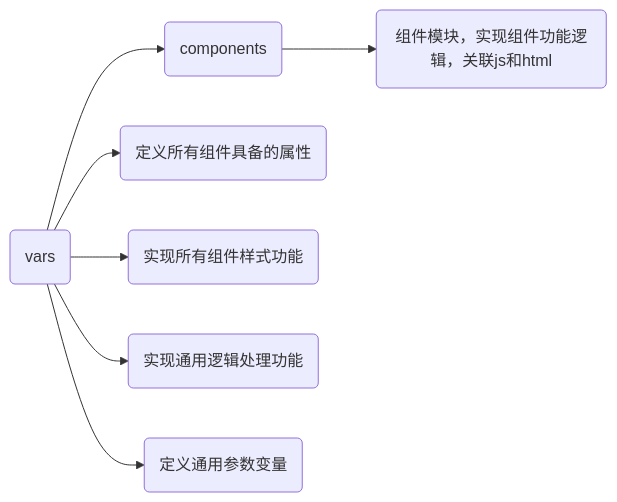
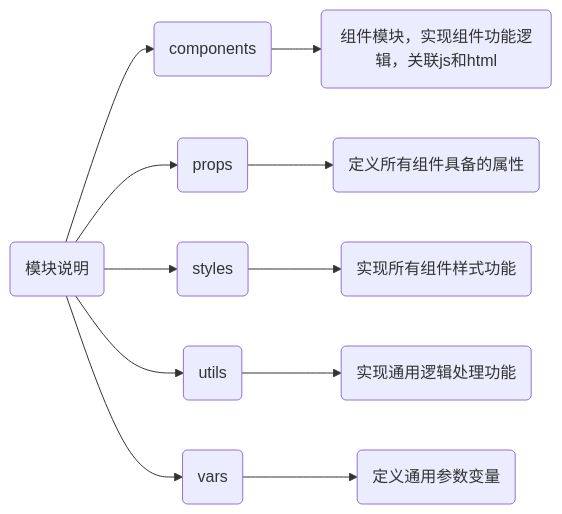
The diagram in packages/README.md (IsolatedTraveler/wdxx-ui), drawn with Mermaid before and after one commit.

````diff
--- a/packages/README.md
+++ b/packages/README.md
@@ -1,8 +1,8 @@
 ```mermaid
 graph LR
 A("模块说明")-->AA("components")-->AAA("组件模块，实现组件功能逻辑，关联js和html")
-A("props")-->AB("定义所有组件具备的属性")
-A("styles")-->AC("实现所有组件样式功能")
-A("utils")-->AD("实现通用逻辑处理功能")
-A("vars")-->AE("定义通用参数变量")
+A-->AB("props")-->ABA("定义所有组件具备的属性")
+A-->AC("styles")-->ACA("实现所有组件样式功能")
+A-->AD("utils")-->ADA("实现通用逻辑处理功能")
+A-->AE("vars")-->AEA("定义通用参数变量")
 ```
````
